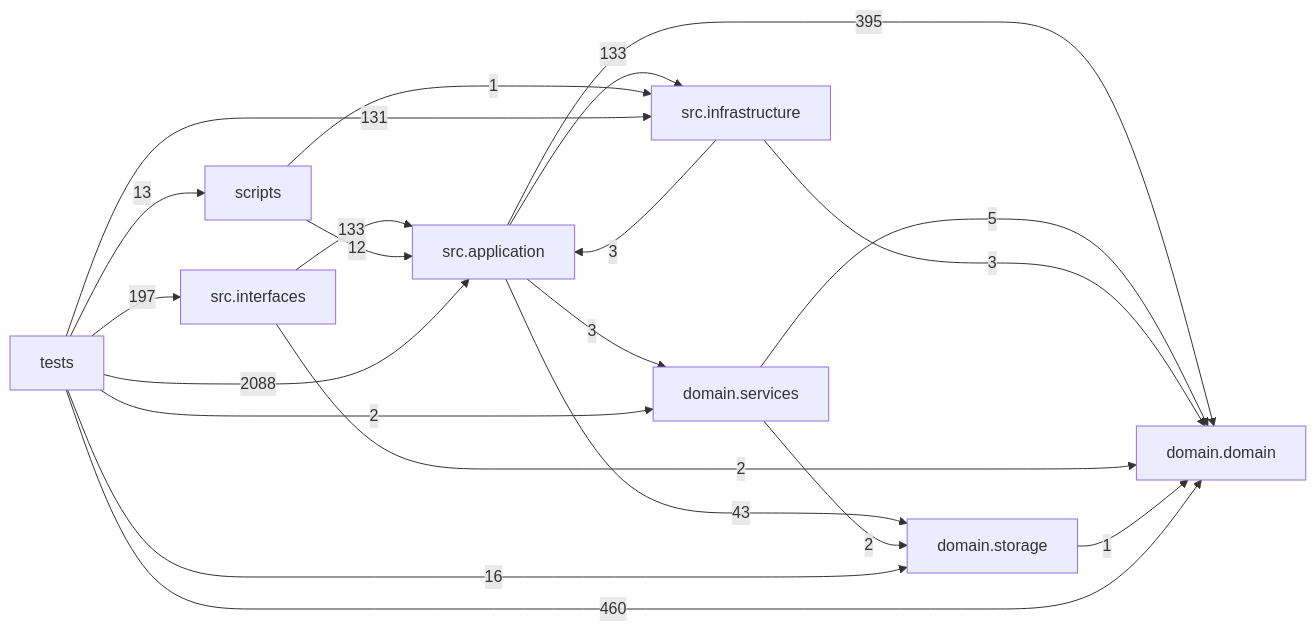
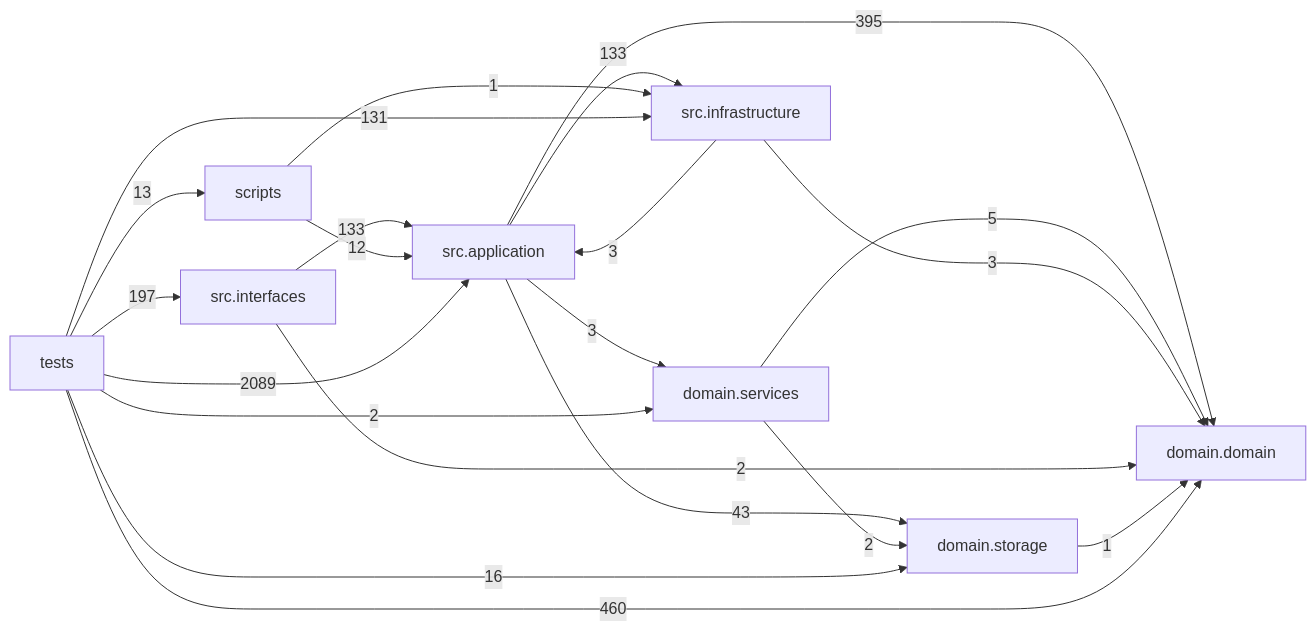
One commit to liuxie066/options-monitor changed the diagram in docs/DEPENDENCY_GRAPH.md. Above: the diagram before and after it, drawn with Mermaid. The commit also changed other lines of this file and 5 other files, not shown here.

````diff
--- a/docs/DEPENDENCY_GRAPH.md
+++ b/docs/DEPENDENCY_GRAPH.md
@@ -24,31 +24,31 @@
 ```mermaid
 flowchart LR
   tests["tests"]
   scripts["scripts"]
   interfaces["src.interfaces"]
   application["src.application"]
   infrastructure["src.infrastructure"]
   domain_services["domain.services"]
   domain["domain.domain"]
   storage["domain.storage"]
   application -->|395| domain
   application -->|3| domain_services
   application -->|133| infrastructure
   application -->|43| storage
   domain_services -->|5| domain
   domain_services -->|2| storage
   infrastructure -->|3| application
   infrastructure -->|3| domain
   interfaces -->|133| application
   interfaces -->|2| domain
   scripts -->|12| application
   scripts -->|1| infrastructure
   storage -->|1| domain
-  tests -->|2088| application
+  tests -->|2089| application
   tests -->|460| domain
   tests -->|2| domain_services
   tests -->|131| infrastructure
   tests -->|197| interfaces
   tests -->|13| scripts
   tests -->|16| storage
 ```
````
